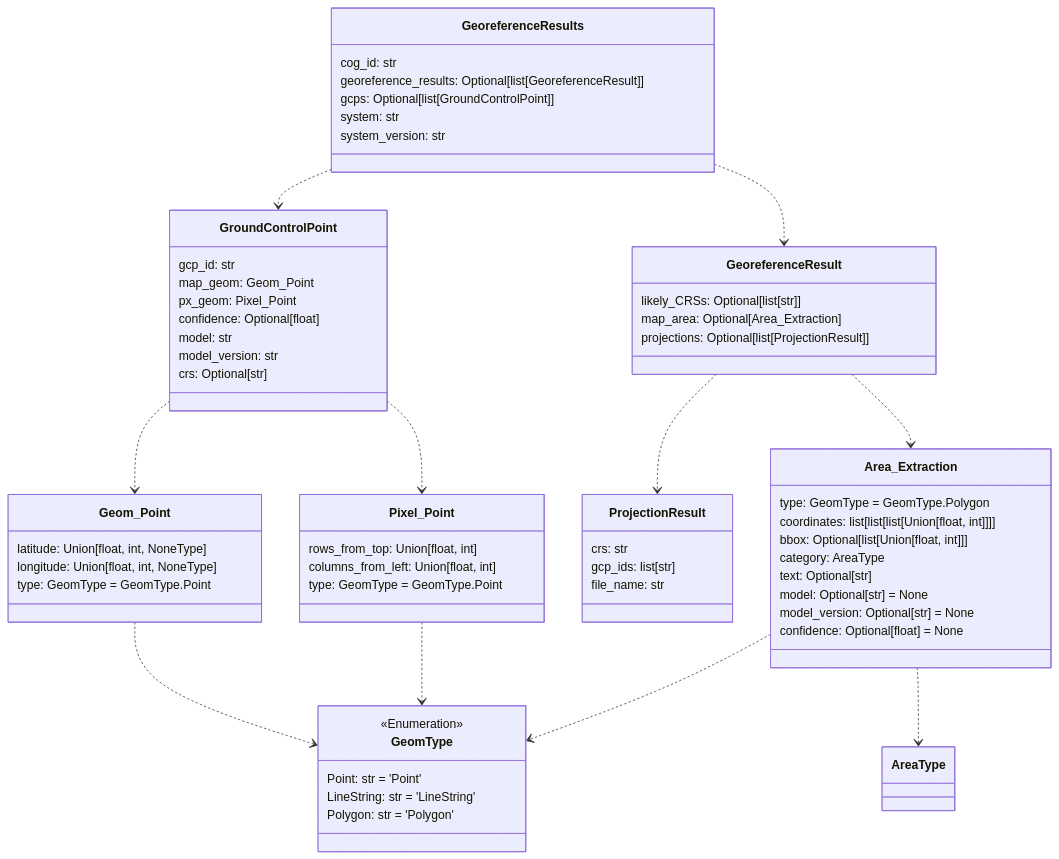
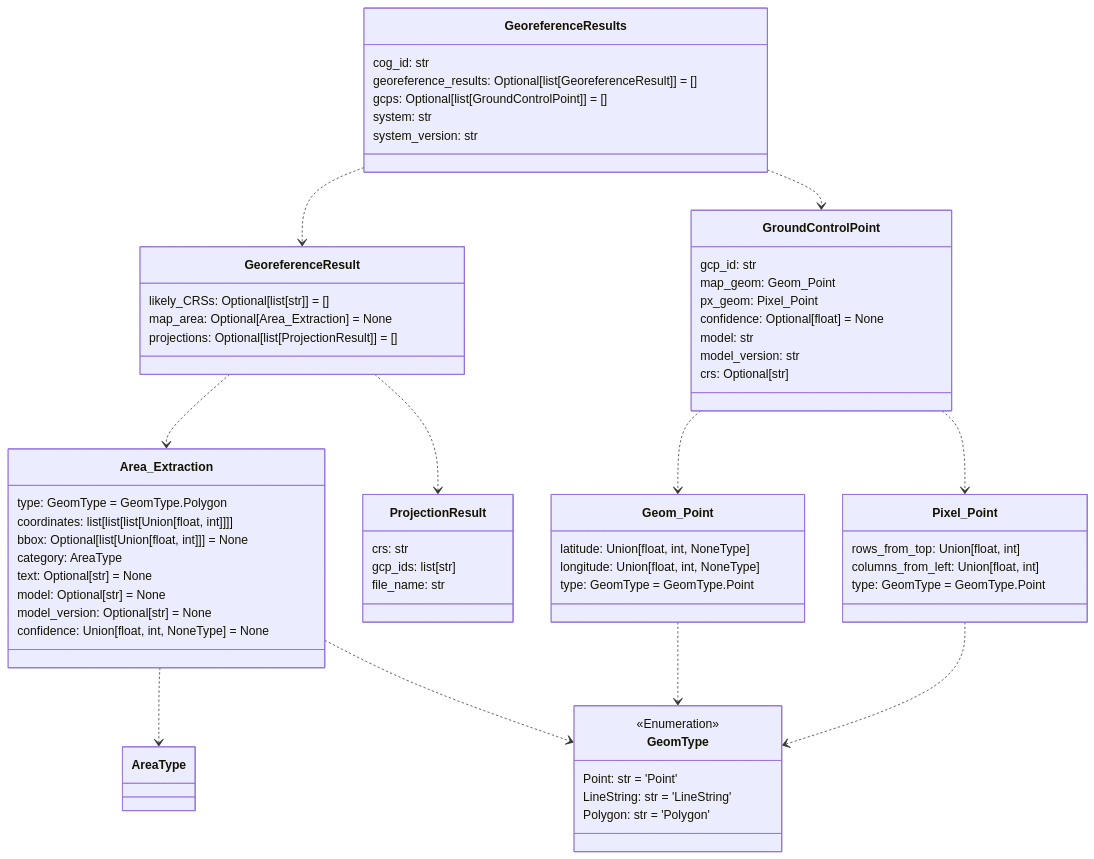
One commit to DARPA-CRITICALMAAS/cdr_schemas changed the second of 12 diagrams in README.md. Above: the diagram before and after it, drawn with Mermaid. The commit also changed other lines of this file and 15 other files, not shown here.

````diff
--- a/README.md
+++ b/README.md
@@ -113,76 +113,76 @@
 ```mermaid
 classDiagram
 
-    class Geom_Point {
-        latitude: Union[float, int, NoneType]
-        longitude: Union[float, int, NoneType]
-        type: GeomType = GeomType.Point
+    class GroundControlPoint {
+        gcp_id: str
+        map_geom: Geom_Point
+        px_geom: Pixel_Point
+        confidence: Optional[float] = None
+        model: str
+        model_version: str
+        crs: Optional[str]
     }
 
     class Pixel_Point {
         rows_from_top: Union[float, int]
         columns_from_left: Union[float, int]
         type: GeomType = GeomType.Point
-    }
-
-    class Area_Extraction {
-        type: GeomType = GeomType.Polygon
-        coordinates: list[list[list[Union[float, int]]]]
-        bbox: Optional[list[Union[float, int]]]
-        category: AreaType
-        text: Optional[str]
-        model: Optional[str] = None
-        model_version: Optional[str] = None
-        confidence: Optional[float] = None
-    }
-
-    class GeoreferenceResults {
-        cog_id: str
-        georeference_results: Optional[list[GeoreferenceResult]]
-        gcps: Optional[list[GroundControlPoint]]
-        system: str
-        system_version: str
     }
 
     class ProjectionResult {
         crs: str
         gcp_ids: list[str]
         file_name: str
     }
 
     class GeoreferenceResult {
-        likely_CRSs: Optional[list[str]]
-        map_area: Optional[Area_Extraction]
-        projections: Optional[list[ProjectionResult]]
+        likely_CRSs: Optional[list[str]] = []
+        map_area: Optional[Area_Extraction] = None
+        projections: Optional[list[ProjectionResult]] = []
+    }
+
+    class Geom_Point {
+        latitude: Union[float, int, NoneType]
+        longitude: Union[float, int, NoneType]
+        type: GeomType = GeomType.Point
+    }
+
+    class GeoreferenceResults {
+        cog_id: str
+        georeference_results: Optional[list[GeoreferenceResult]] = []
+        gcps: Optional[list[GroundControlPoint]] = []
+        system: str
+        system_version: str
+    }
+
+    class Area_Extraction {
+        type: GeomType = GeomType.Polygon
+        coordinates: list[list[list[Union[float, int]]]]
+        bbox: Optional[list[Union[float, int]]] = None
+        category: AreaType
+        text: Optional[str] = None
+        model: Optional[str] = None
+        model_version: Optional[str] = None
+        confidence: Union[float, int, NoneType] = None
     }
 
     class GeomType {
         <<Enumeration>>
         Point: str = 'Point'
         LineString: str = 'LineString'
         Polygon: str = 'Polygon'
     }
 
-    class GroundControlPoint {
-        gcp_id: str
-        map_geom: Geom_Point
-        px_geom: Pixel_Point
-        confidence: Optional[float]
-        model: str
-        model_version: str
-        crs: Optional[str]
-    }
-
+    Area_Extraction ..> AreaType
     Area_Extraction ..> GeomType
-    Area_Extraction ..> AreaType
     Geom_Point ..> GeomType
     Pixel_Point ..> GeomType
+    GroundControlPoint ..> Pixel_Point
     GroundControlPoint ..> Geom_Point
-    GroundControlPoint ..> Pixel_Point
+    GeoreferenceResult ..> Area_Extraction
     GeoreferenceResult ..> ProjectionResult
-    GeoreferenceResult ..> Area_Extraction
     GeoreferenceResults ..> GroundControlPoint
     GeoreferenceResults ..> GeoreferenceResult
 
 
 ```
````
